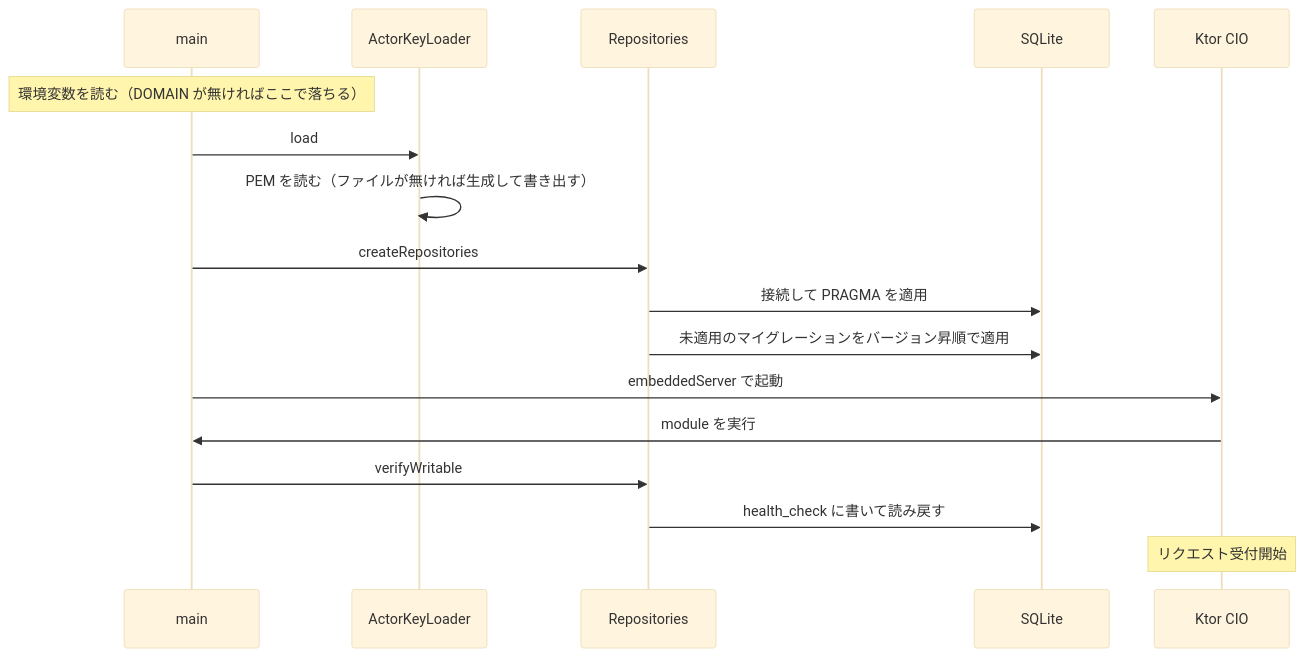
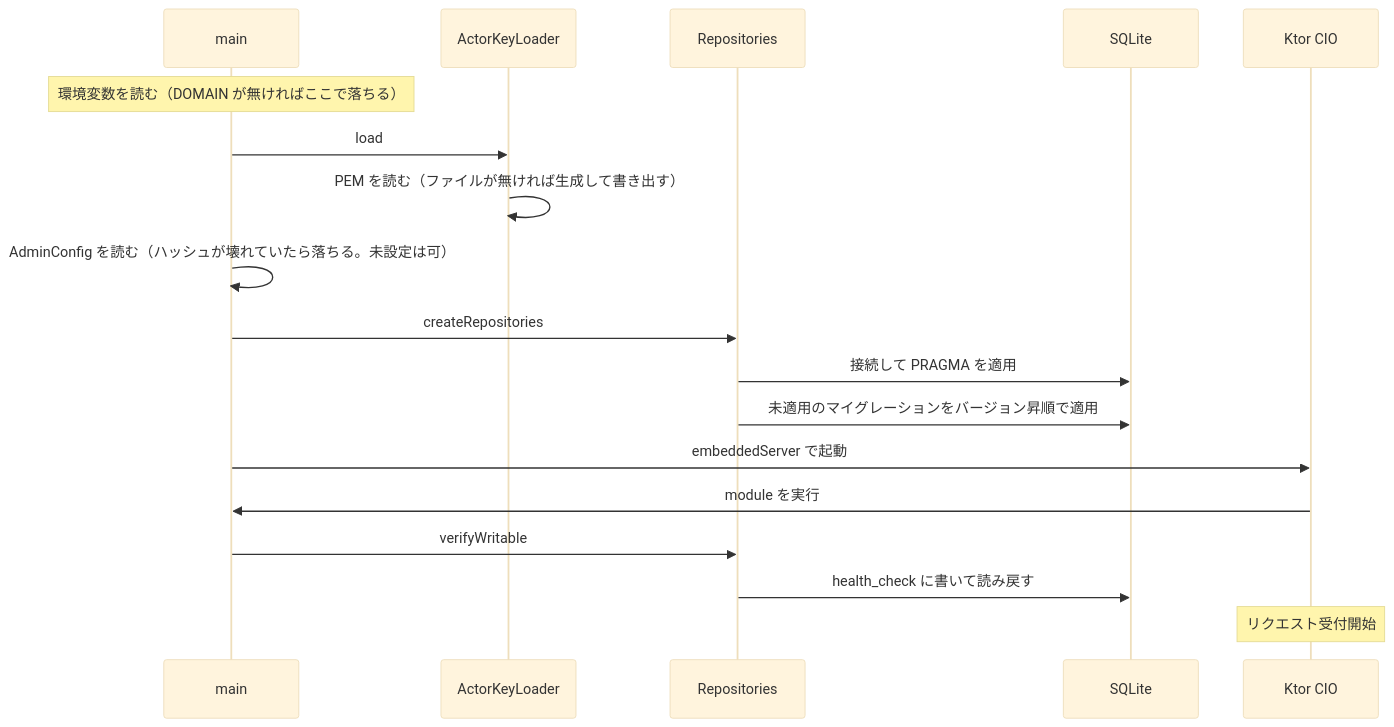
One commit to matsudamper/mastodon-rss changed the second of 2 diagrams in README.md. Above: the diagram before and after it, drawn with Mermaid (base theme). The commit also changed other lines of this file and 34 other files, not shown here.

````diff
--- a/README.md
+++ b/README.md
@@ -75,20 +93,21 @@
 ```mermaid
 sequenceDiagram
     participant M as main
     participant A as ActorKeyLoader
     participant R as Repositories
     participant DB as SQLite
     participant K as Ktor CIO
 
     Note over M: 環境変数を読む（DOMAIN が無ければここで落ちる）
     M->>A: load
     A->>A: PEM を読む（ファイルが無ければ生成して書き出す）
+    M->>M: AdminConfig を読む（ハッシュが壊れていたら落ちる。未設定は可）
     M->>R: createRepositories
     R->>DB: 接続して PRAGMA を適用
     R->>DB: 未適用のマイグレーションをバージョン昇順で適用
     M->>K: embeddedServer で起動
     K->>M: module を実行
     M->>R: verifyWritable
     R->>DB: health_check に書いて読み戻す
     Note over K: リクエスト受付開始
 ```
````
